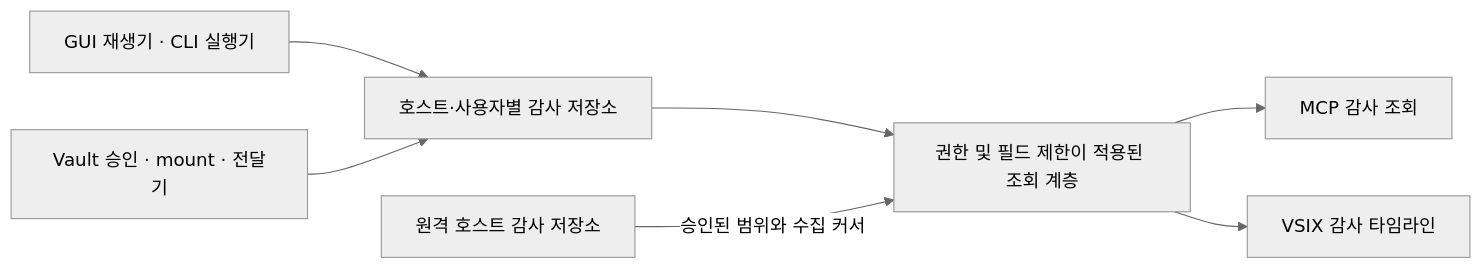
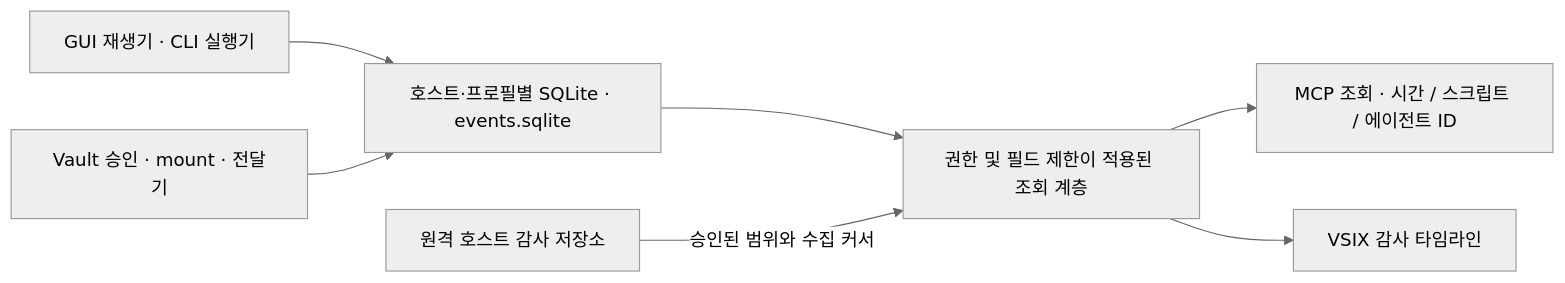
One commit to wayfarer6/vamp-mcp changed the diagram in docs/AUDIT_DESIGN.ko.md. Above: the diagram before and after it, drawn with Mermaid (neutral theme). The commit also changed other lines of this file and 27 other files, not shown here.

Commit message:
Record workflow and Vault audit events in SQLite and expose filtered history

````diff
--- a/docs/AUDIT_DESIGN.ko.md
+++ b/docs/AUDIT_DESIGN.ko.md
@@ -16,9 +16,9 @@
 ```mermaid
 flowchart LR
-    G["GUI 재생기 · CLI 실행기"] --> J["호스트·사용자별 감사 저장소"]
+    G["GUI 재생기 · CLI 실행기"] --> J["호스트·프로필별 SQLite · events.sqlite"]
     V["Vault 승인 · mount · 전달기"] --> J
     J --> Q["권한 및 필드 제한이 적용된 조회 계층"]
-    Q --> M["MCP 감사 조회"]
+    Q --> M["MCP 조회 · 시간 / 스크립트 / 에이전트 ID"]
     Q --> U["VSIX 감사 타임라인"]
     R["원격 호스트 감사 저장소"] -->|승인된 범위와 수집 커서| Q
 ```
````
